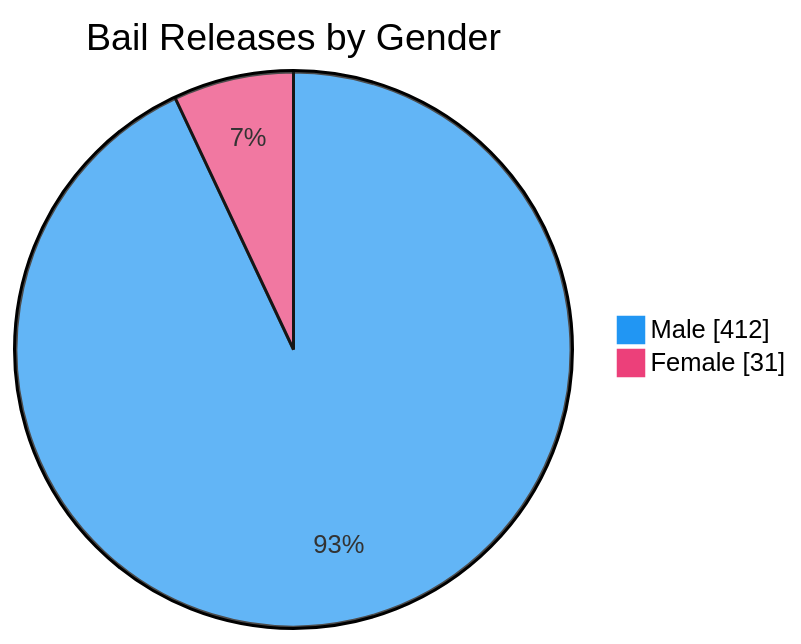
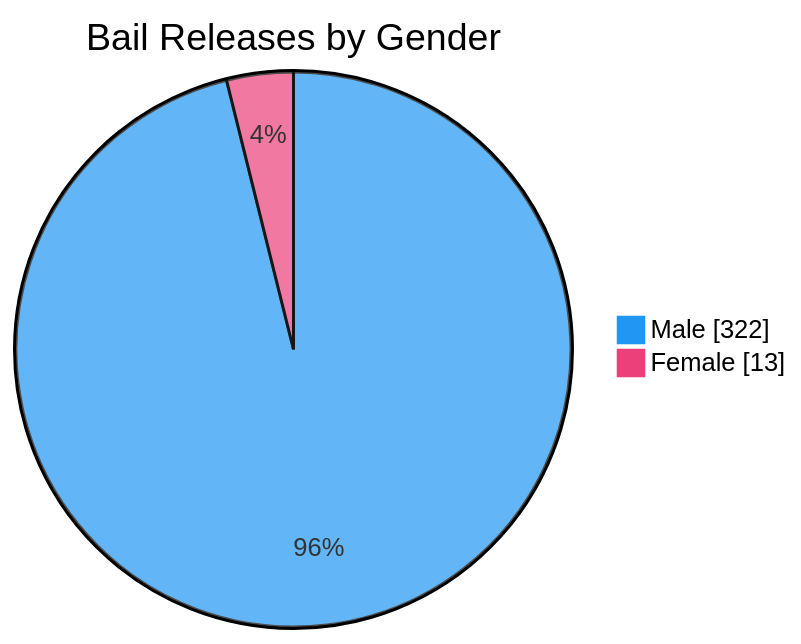
One commit to nuuuwan/lk_prisons changed the seventh of 7 diagrams in README.md. Above: the diagram before and after it, drawn with Mermaid. The commit also changed other lines of this file and 1 other file, not shown here.

````diff
--- a/README.md
+++ b/README.md
@@ -109,6 +109,6 @@
 ```mermaid
 %%{init: {'themeVariables': {'pie1': '#2196F3', 'pie2': '#EC407A'}}}%%
 pie showData title Bail Releases by Gender
-    "Male" : 412
-    "Female" : 31
+    "Male" : 322
+    "Female" : 13
 ```
````
